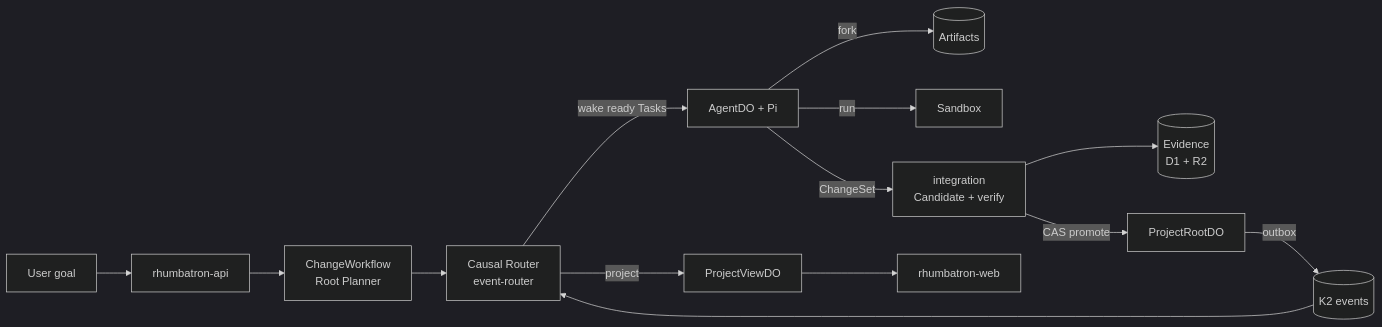
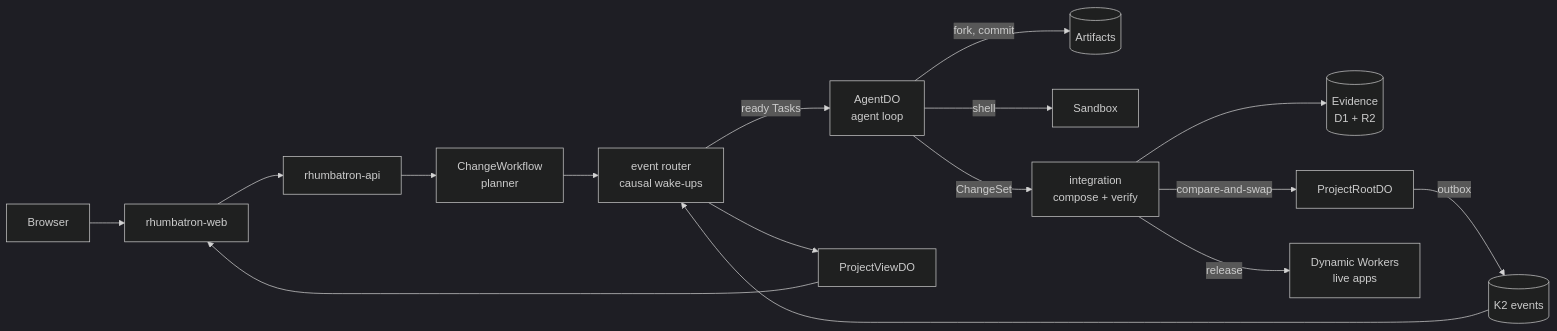
Before and after one commit to nsudhanva/rhumbatron: the second of 2 diagrams in README.md, drawn with Mermaid (dark theme). The commit also changed other lines of this file and 1 other file, not shown here.

````diff
--- a/README.md
+++ b/README.md
@@ -21,15 +109,17 @@
 ```mermaid
 flowchart LR
-  user[User goal] --> api[rhumbatron-api]
-  api --> cw[ChangeWorkflow<br/>Root Planner]
-  cw --> router[Causal Router<br/>event-router]
-  router -->|wake ready Tasks| agent[AgentDO + Pi]
-  agent -->|fork| art[(Artifacts)]
-  agent -->|run| sbx[Sandbox]
-  agent -->|ChangeSet| integ[integration<br/>Candidate + verify]
+  user[Browser] --> web[rhumbatron-web]
+  web --> api[rhumbatron-api]
+  api --> cw[ChangeWorkflow<br/>planner]
+  cw --> router[event router<br/>causal wake-ups]
+  router -->|ready Tasks| agent[AgentDO<br/>agent loop]
+  agent -->|fork, commit| art[(Artifacts)]
+  agent -->|shell| sbx[Sandbox]
+  agent -->|ChangeSet| integ[integration<br/>compose + verify]
   integ --> ev[(Evidence<br/>D1 + R2)]
-  integ -->|CAS promote| root[ProjectRootDO]
+  integ -->|compare-and-swap| root[ProjectRootDO]
   root -->|outbox| k2[(K2 events)]
   k2 --> router
-  router -->|project| view[ProjectViewDO] --> web[rhumbatron-web]
+  router --> view[ProjectViewDO] --> web
+  integ -->|release| apps[Dynamic Workers<br/>live apps]
 ```
````
